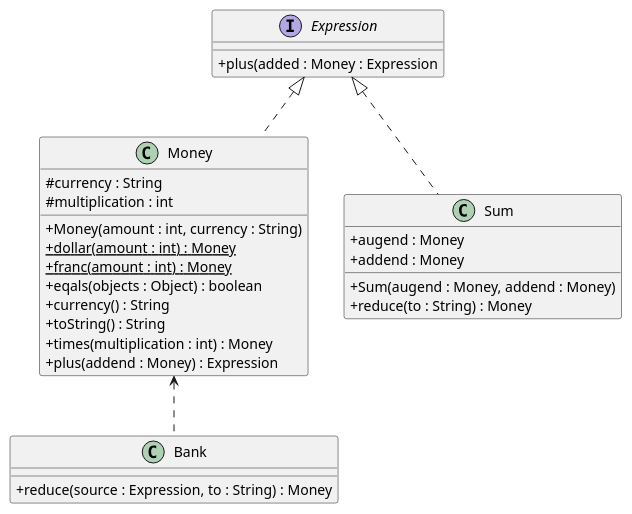
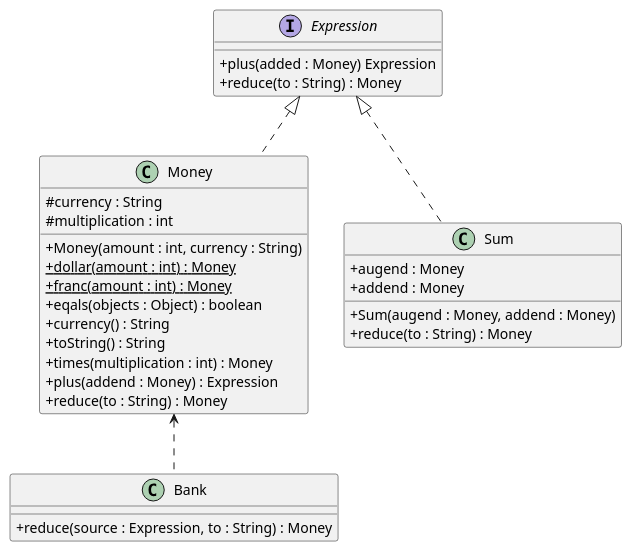
One commit to NOHYC/TDD_project changed the diagram in ClassDiagram.puml. Above: the diagram before and after it, drawn with PlantUML. The commit also changed 10 other files, not shown here.

Commit message:
chapter 13 : 더하기 기능 추가(추가 매개변수) 1. Bank.reduce(Money) 일 때 테스트 코드 작성 2. Bank.reduce 조건문으로 Money 클래스 검사 3. 클래스를 명시적으로 검사하는 코드가 있을 때는 항상 다형성으로 리팩토링한다. 4. Sum.reduce가 있다면 Money.reduce를 구현하고 인터페이스에 reduce 추가(타입 변경 가능) 6. 테스트 통과

```diff
--- a/ClassDiagram.puml
+++ b/ClassDiagram.puml
@@ -1,39 +1,41 @@
 @startuml
 'https://plantuml.com/class-diagram
 skinparam classAttributeIconSize 0
-/' 13장 : 더하기 기능 (내부구현)
+/' 13장 : 더하기 기능 (추가매개변수)
 '/
 class Money
 interface Expression
 class Bank
 class Sum
 
 Expression <|.. Money
 Money <.. Bank
 Expression <|.. Sum
 
 class Money{
  #currency : String
  #multiplication : int
  +Money(amount : int, currency : String)
  +dollar(amount : int) : {static} Money
  +franc(amount : int) : {static} Money
  +eqals(objects : Object) : boolean
  +currency() : String
  +toString() : String
  +times(multiplication : int) : Money
  +plus(addend : Money) : Expression
+ +reduce(to : String) : Money
 }
 interface Expression{
- +plus(added : Money : Expression
+ +plus(added : Money) Expression
+ +reduce(to : String) : Money
 }
 class Bank{
  +reduce(source : Expression, to : String) : Money
 }
 class Sum{
  +augend : Money
  +addend : Money
  +Sum(augend : Money, addend : Money)
  +reduce(to : String) : Money
 }
 @enduml
```
